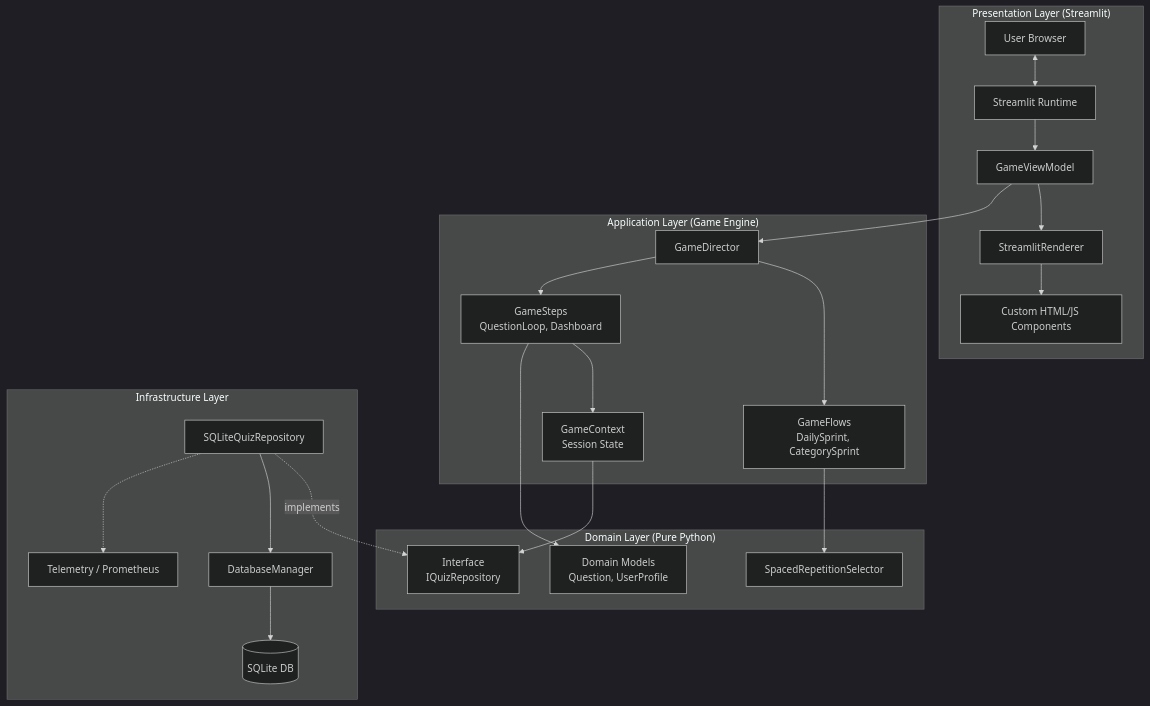
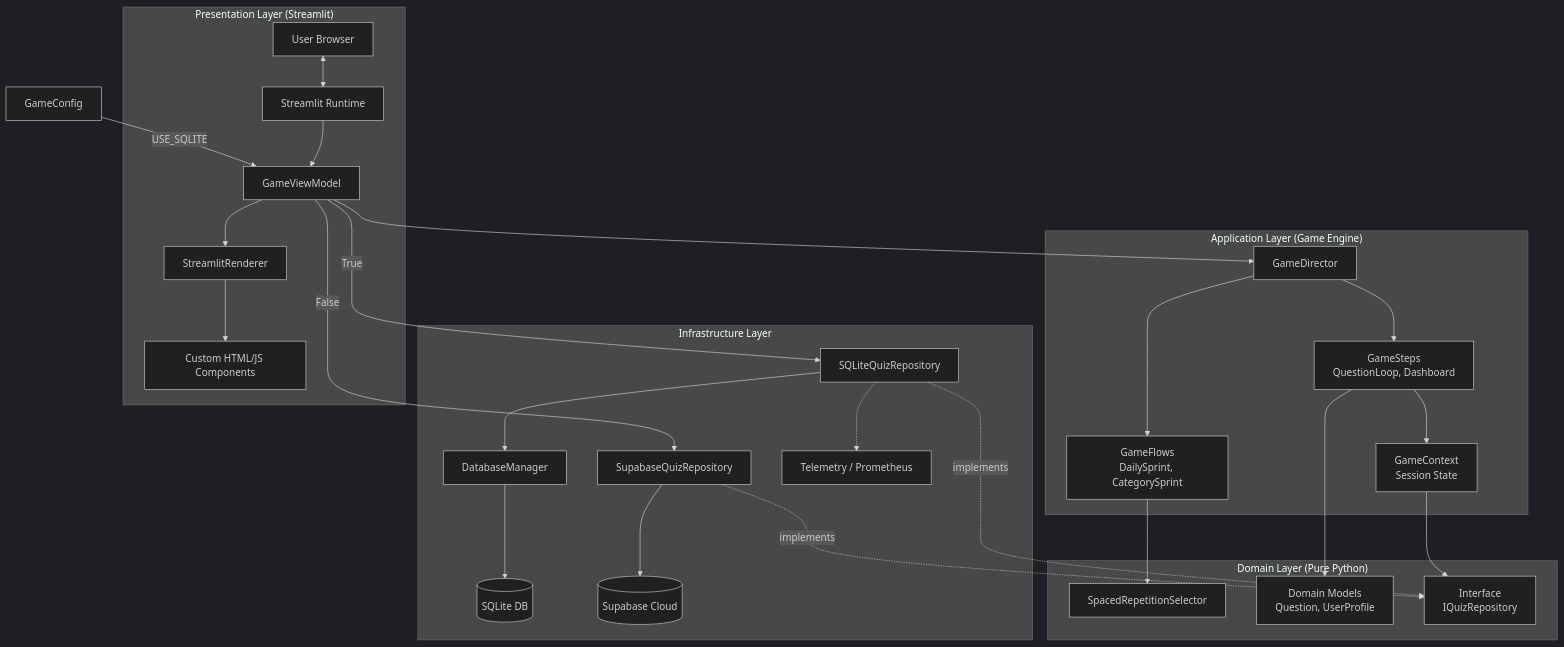
Before and after one commit to m1981/forklift-quiz: the fifth of 12 diagrams in doc/00-architecture.md, drawn with Mermaid (dark theme). The commit also changed other lines of this file and 3 other files, not shown here.

````diff
--- a/doc/00-architecture.md
+++ b/doc/00-architecture.md
@@ -143,51 +143,61 @@
 ```mermaid
 graph TD
     subgraph Presentation["Presentation Layer (Streamlit)"]
         Browser[User Browser]
         StreamlitRuntime[Streamlit Runtime]
         Renderer[StreamlitRenderer]
         ViewModel[GameViewModel]
         Components[Custom HTML/JS Components]
     end
 
     subgraph Application["Application Layer (Game Engine)"]
         Director[GameDirector]
         Flows[GameFlows<br/>DailySprint, CategorySprint]
         Steps[GameSteps<br/>QuestionLoop, Dashboard]
         Context[GameContext<br/>Session State]
     end
 
     subgraph Domain["Domain Layer (Pure Python)"]
         Algo[SpacedRepetitionSelector]
         Models[Domain Models<br/>Question, UserProfile]
         Ports[Interface<br/>IQuizRepository]
     end
 
     subgraph Infrastructure["Infrastructure Layer"]
         SQLiteRepo[SQLiteQuizRepository]
+        SupabaseRepo[SupabaseQuizRepository]
         DBManager[DatabaseManager]
         Telemetry[Telemetry / Prometheus]
         SQLite[(SQLite DB)]
+        Cloud[(Supabase Cloud)]
     end
 
     %% Interactions
     Browser <--> StreamlitRuntime
     StreamlitRuntime --> ViewModel
     ViewModel --> Renderer
     Renderer --> Components
 
     ViewModel --> Director
     Director --> Flows
     Director --> Steps
     Steps --> Context
 
     Steps --> Models
     Flows --> Algo
 
     Context --> Ports
     SQLiteRepo -.implements.-> Ports
+    SupabaseRepo -.implements.-> Ports
+
+    %% Config Switch
+    Config[GameConfig] -->|USE_SQLITE| ViewModel
+    ViewModel -->|True| SQLiteRepo
+    ViewModel -->|False| SupabaseRepo
+
     SQLiteRepo --> DBManager
     DBManager --> SQLite
+    SupabaseRepo --> Cloud
 
     SQLiteRepo -.-> Telemetry
 ```
````
